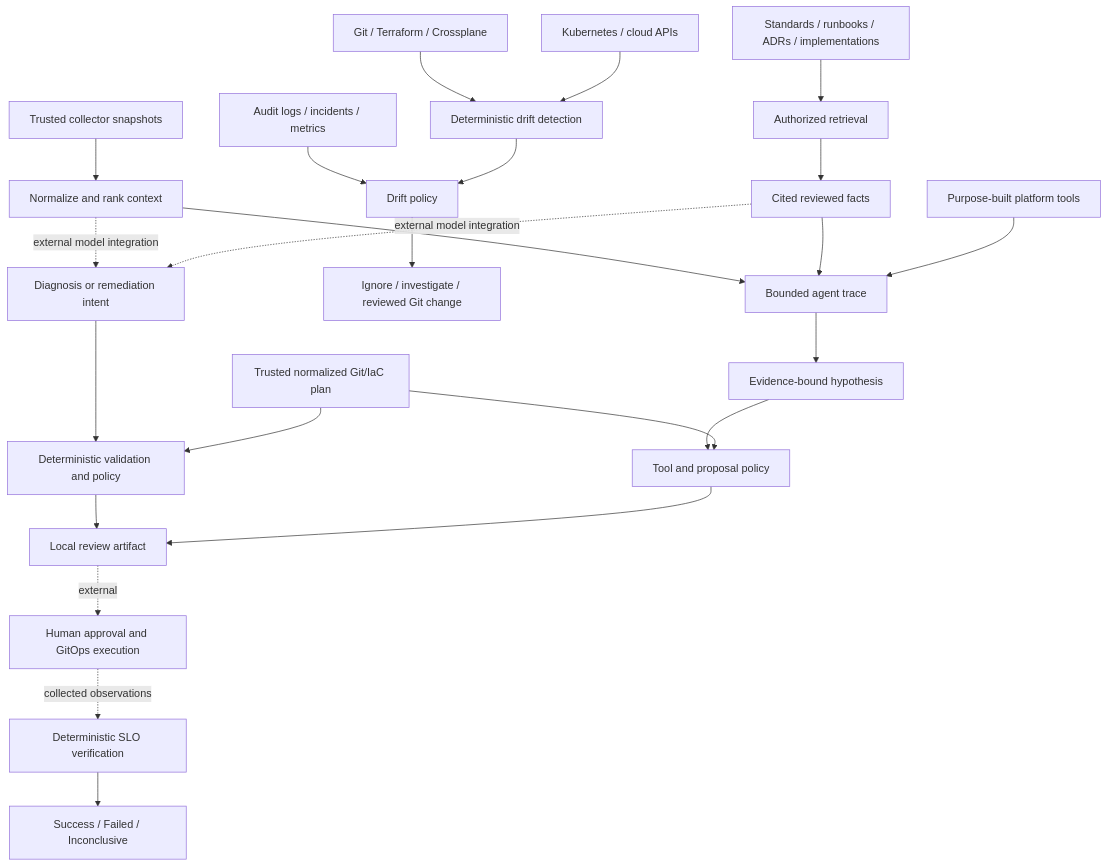
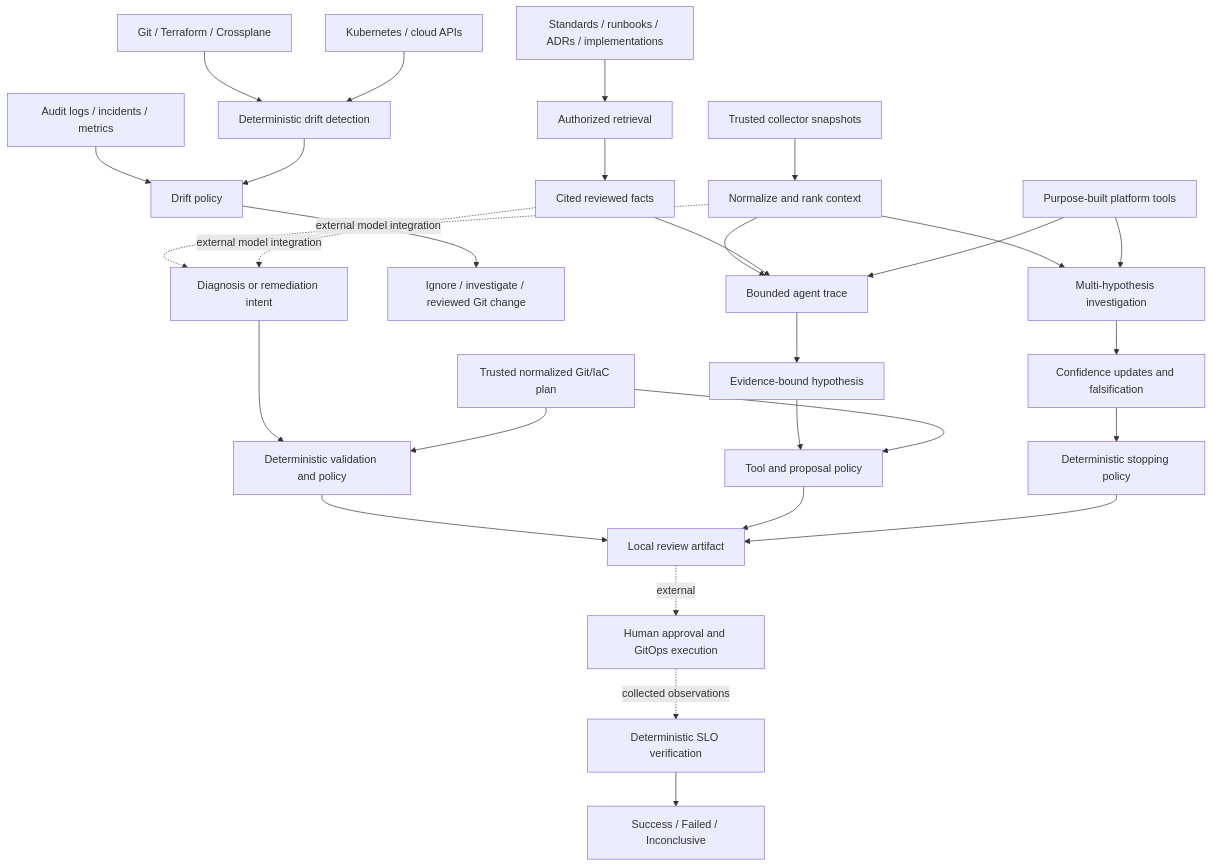
The diagram in docs/00-architecture-and-safety.md (Vidon212/AI-incident-co-pilot), drawn with Mermaid before and after one commit. The commit also changed other lines of this file and 10 other files, not shown here.

Commit message:
Add multi-hypothesis incident investigation

````diff
--- a/docs/00-architecture-and-safety.md
+++ b/docs/00-architecture-and-safety.md
@@ -9,26 +9,31 @@
 ```mermaid
 flowchart TD
     Evidence[Trusted collector snapshots] --> Context[Normalize and rank context]
     Context -. external model integration .-> Intent[Diagnosis or remediation intent]
     Intent --> Policy[Deterministic validation and policy]
     Plan[Trusted normalized Git/IaC plan] --> Policy
     Policy --> Review[Local review artifact]
     Review -. external .-> Approval[Human approval and GitOps execution]
     Approval -. collected observations .-> Verify[Deterministic SLO verification]
     Verify --> Result[Success / Failed / Inconclusive]
     Desired[Git / Terraform / Crossplane] --> Drift[Deterministic drift detection]
     Observed[Kubernetes / cloud APIs] --> Drift
     Provenance[Audit logs / incidents / metrics] --> DriftPolicy[Drift policy]
     Drift --> DriftPolicy
     DriftPolicy --> DriftReview[Ignore / investigate / reviewed Git change]
     Knowledge[Standards / runbooks / ADRs / implementations] --> Retrieval[Authorized retrieval]
     Retrieval --> Grounding[Cited reviewed facts]
     Grounding -. external model integration .-> Intent
     Context --> Agent[Bounded agent trace]
     Grounding --> Agent
     Tools[Purpose-built platform tools] --> Agent
     Agent --> Hypothesis[Evidence-bound hypothesis]
     Hypothesis --> AgentPolicy[Tool and proposal policy]
     Plan --> AgentPolicy
     AgentPolicy --> Review
+    Context --> Investigation[Multi-hypothesis investigation]
+    Tools --> Investigation
+    Investigation --> Falsification[Confidence updates and falsification]
+    Falsification --> Stop[Deterministic stopping policy]
+    Stop --> Review
 ```
````
